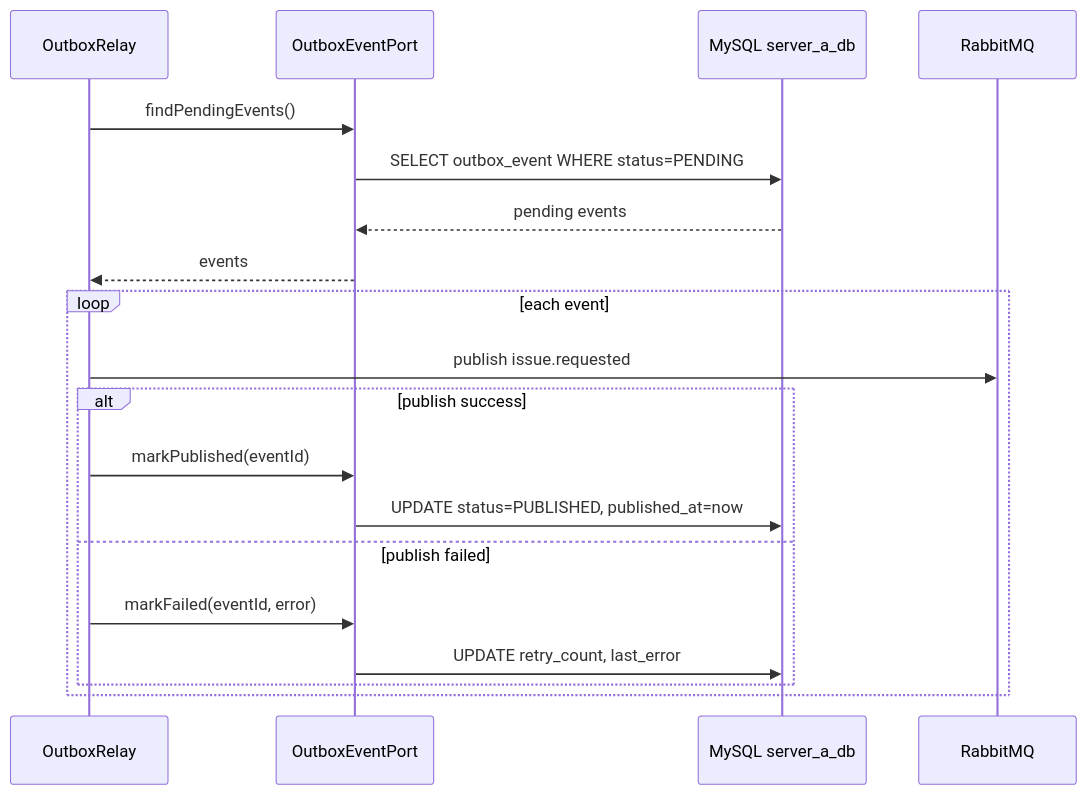
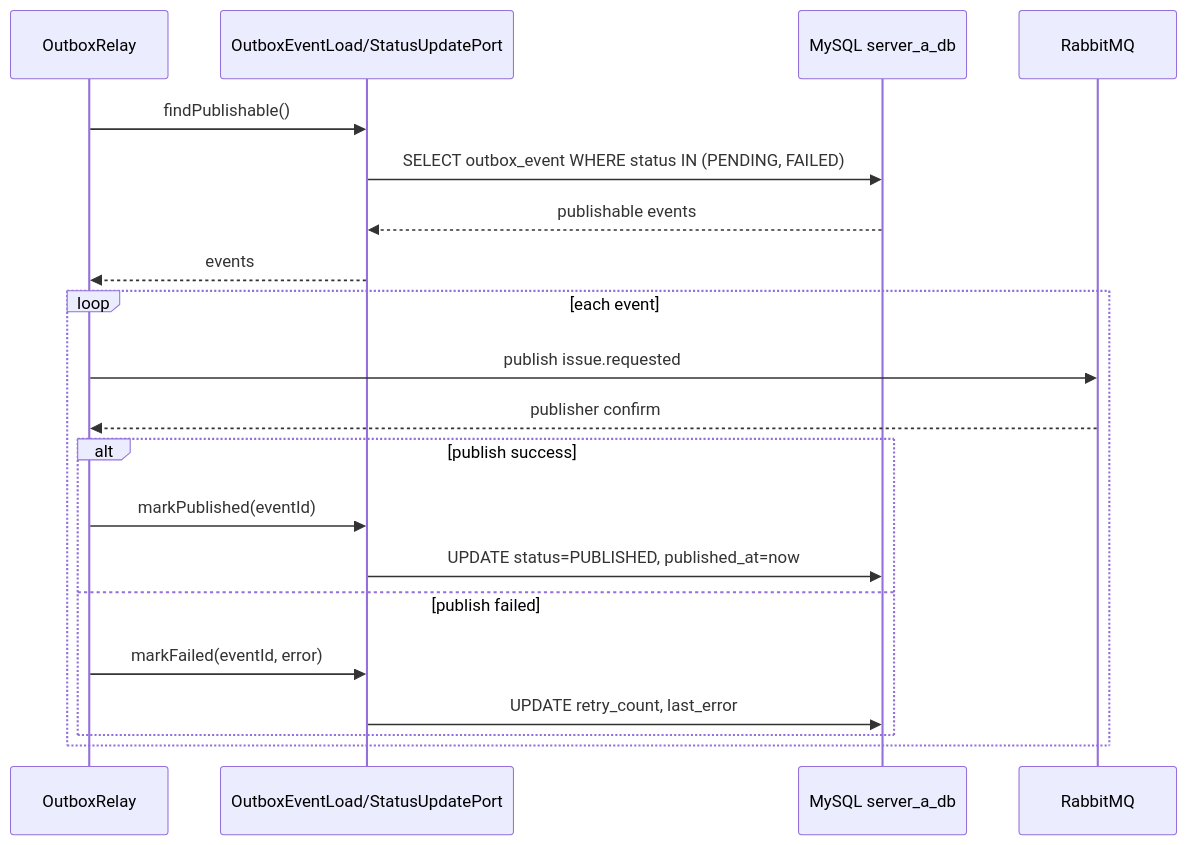
The second of 8 diagrams in docs/02-sequence-diagrams.md (yht0827/promotion-dispatcher), drawn with Mermaid before and after one commit. The commit also changed other lines of this file and 3 other files, not shown here.

````diff
--- a/docs/02-sequence-diagrams.md
+++ b/docs/02-sequence-diagrams.md
@@ -57,23 +61,24 @@
 ```mermaid
 sequenceDiagram
     participant R as OutboxRelay
-    participant OP as OutboxEventPort
+    participant OP as OutboxEventLoad/StatusUpdatePort
     participant DB as MySQL server_a_db
     participant MQ as RabbitMQ
 
-    R->>OP: findPendingEvents()
-    OP->>DB: SELECT outbox_event WHERE status=PENDING
-    DB-->>OP: pending events
+    R->>OP: findPublishable()
+    OP->>DB: SELECT outbox_event WHERE status IN (PENDING, FAILED)
+    DB-->>OP: publishable events
     OP-->>R: events
 
     loop each event
         R->>MQ: publish issue.requested
+        MQ-->>R: publisher confirm
         alt publish success
             R->>OP: markPublished(eventId)
             OP->>DB: UPDATE status=PUBLISHED, published_at=now
         else publish failed
             R->>OP: markFailed(eventId, error)
             OP->>DB: UPDATE retry_count, last_error
         end
     end
 ```
````
